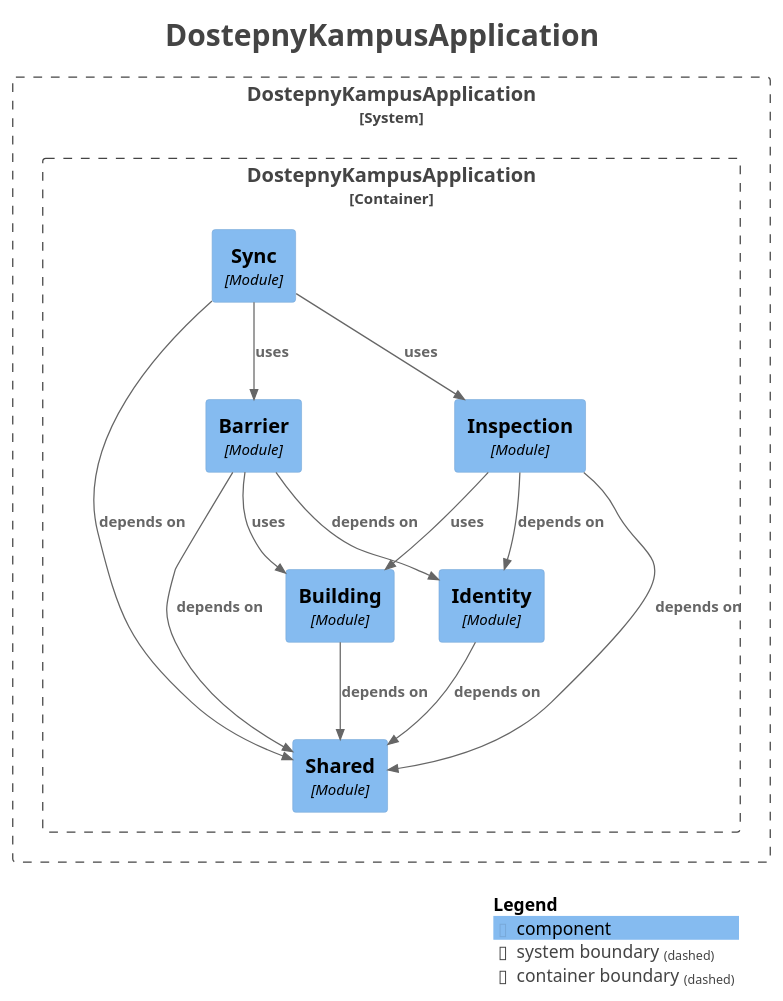
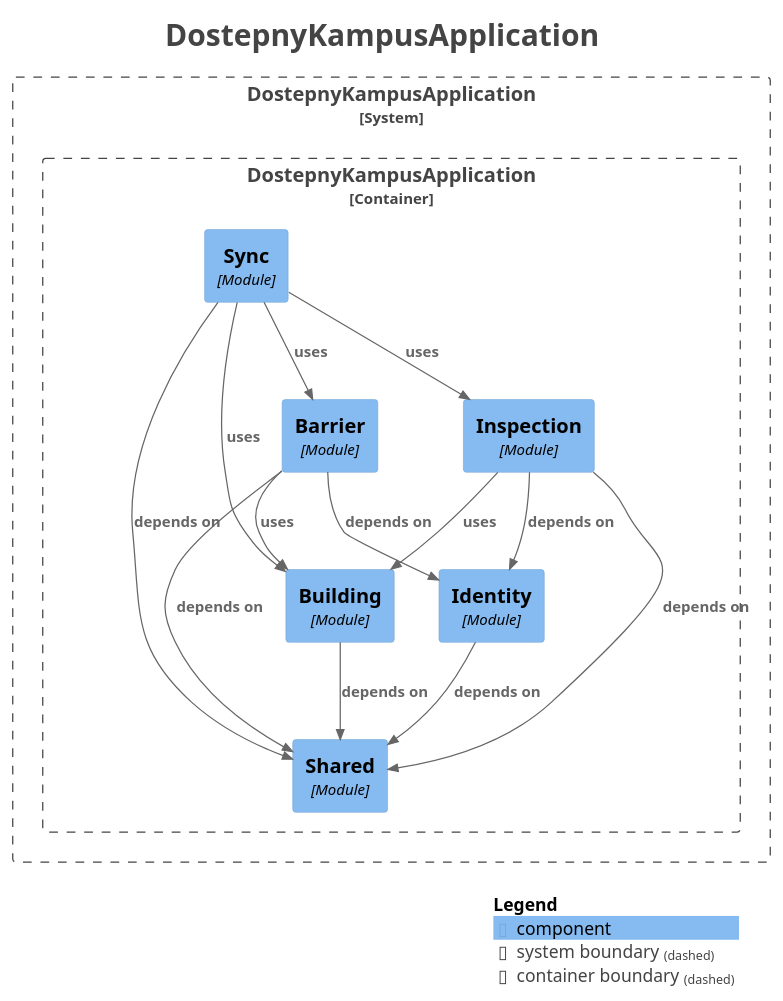
The diagram in docs/docs/architektura/moduly-serwera.iuml (dostepny-kampus/dostepny-kampus), drawn with PlantUML before and after one commit. The commit also changed 18 other files, not shown here.

```diff
--- a/docs/docs/architektura/moduly-serwera.iuml
+++ b/docs/docs/architektura/moduly-serwera.iuml
@@ -1,44 +1,45 @@
 @startuml
 title <size:24>DostepnyKampusApplication</size>
 
 set separator none
 top to bottom direction
 
 <style>
   root {
     BackgroundColor: #ffffff
     FontColor: #444444
   }
 </style>
 
 !include <C4/C4>
 !include <C4/C4_Context>
 !include <C4/C4_Component>
 
 System_Boundary("DostepnyKampusApplication_boundary", "DostepnyKampusApplication", $tags="") {
   Container_Boundary("DostepnyKampusApplication.DostepnyKampusApplication_boundary", "DostepnyKampusApplication", $tags="") {
     Component(DostepnyKampusApplication.DostepnyKampusApplication.Shared, "Shared", $techn="Module", $descr="", $tags="", $link="")
     Component(DostepnyKampusApplication.DostepnyKampusApplication.Building, "Building", $techn="Module", $descr="", $tags="", $link="")
     Component(DostepnyKampusApplication.DostepnyKampusApplication.Barrier, "Barrier", $techn="Module", $descr="", $tags="", $link="")
     Component(DostepnyKampusApplication.DostepnyKampusApplication.Identity, "Identity", $techn="Module", $descr="", $tags="", $link="")
     Component(DostepnyKampusApplication.DostepnyKampusApplication.Inspection, "Inspection", $techn="Module", $descr="", $tags="", $link="")
     Component(DostepnyKampusApplication.DostepnyKampusApplication.Sync, "Sync", $techn="Module", $descr="", $tags="", $link="")
   }
 
 }
 
 Rel(DostepnyKampusApplication.DostepnyKampusApplication.Building, DostepnyKampusApplication.DostepnyKampusApplication.Shared, "depends on", $techn="", $tags="", $link="")
 Rel(DostepnyKampusApplication.DostepnyKampusApplication.Barrier, DostepnyKampusApplication.DostepnyKampusApplication.Shared, "depends on", $techn="", $tags="", $link="")
 Rel(DostepnyKampusApplication.DostepnyKampusApplication.Barrier, DostepnyKampusApplication.DostepnyKampusApplication.Building, "uses", $techn="", $tags="", $link="")
 Rel(DostepnyKampusApplication.DostepnyKampusApplication.Barrier, DostepnyKampusApplication.DostepnyKampusApplication.Identity, "depends on", $techn="", $tags="", $link="")
 Rel(DostepnyKampusApplication.DostepnyKampusApplication.Identity, DostepnyKampusApplication.DostepnyKampusApplication.Shared, "depends on", $techn="", $tags="", $link="")
 Rel(DostepnyKampusApplication.DostepnyKampusApplication.Inspection, DostepnyKampusApplication.DostepnyKampusApplication.Shared, "depends on", $techn="", $tags="", $link="")
 Rel(DostepnyKampusApplication.DostepnyKampusApplication.Inspection, DostepnyKampusApplication.DostepnyKampusApplication.Building, "uses", $techn="", $tags="", $link="")
 Rel(DostepnyKampusApplication.DostepnyKampusApplication.Sync, DostepnyKampusApplication.DostepnyKampusApplication.Shared, "depends on", $techn="", $tags="", $link="")
 Rel(DostepnyKampusApplication.DostepnyKampusApplication.Sync, DostepnyKampusApplication.DostepnyKampusApplication.Barrier, "uses", $techn="", $tags="", $link="")
+Rel(DostepnyKampusApplication.DostepnyKampusApplication.Sync, DostepnyKampusApplication.DostepnyKampusApplication.Building, "uses", $techn="", $tags="", $link="")
 Rel(DostepnyKampusApplication.DostepnyKampusApplication.Sync, DostepnyKampusApplication.DostepnyKampusApplication.Inspection, "uses", $techn="", $tags="", $link="")
 Rel(DostepnyKampusApplication.DostepnyKampusApplication.Inspection, DostepnyKampusApplication.DostepnyKampusApplication.Identity, "depends on", $techn="", $tags="", $link="")
 
 SHOW_LEGEND(true)
 hide stereotypes
 @enduml
```
